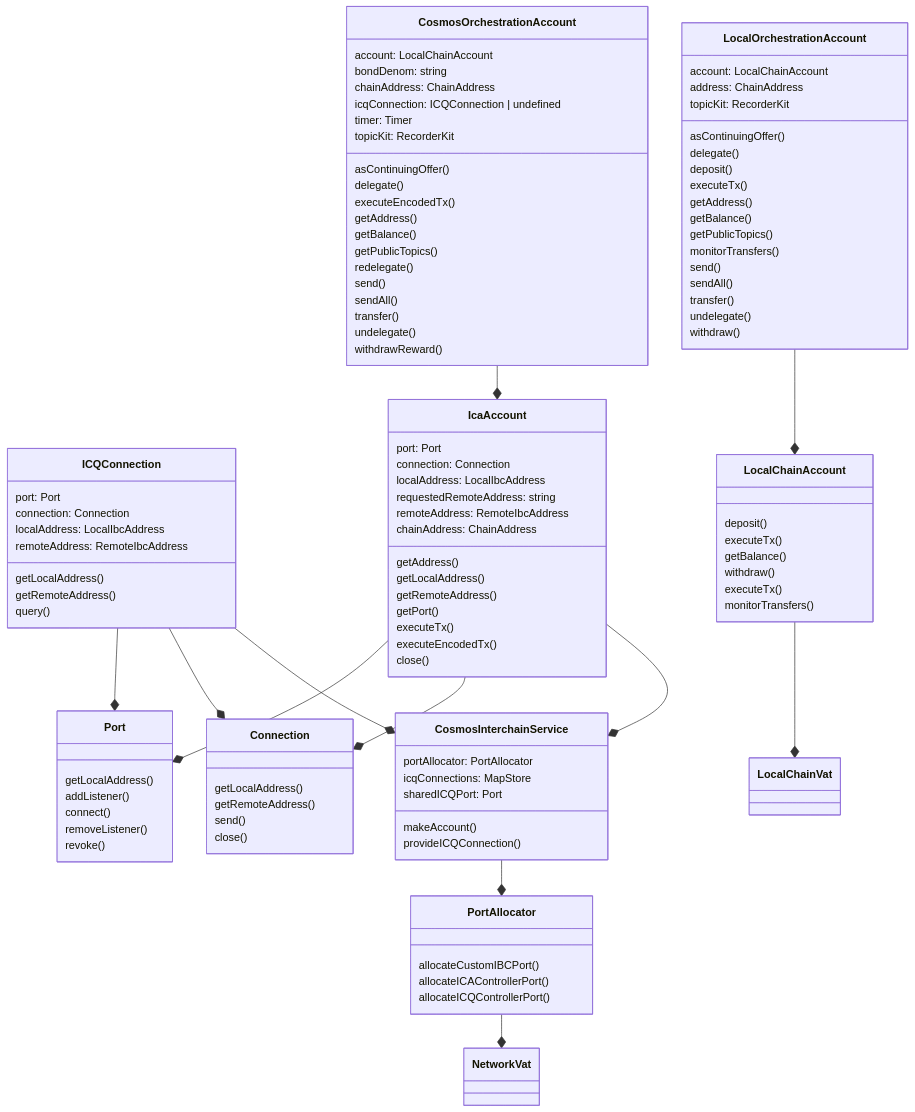
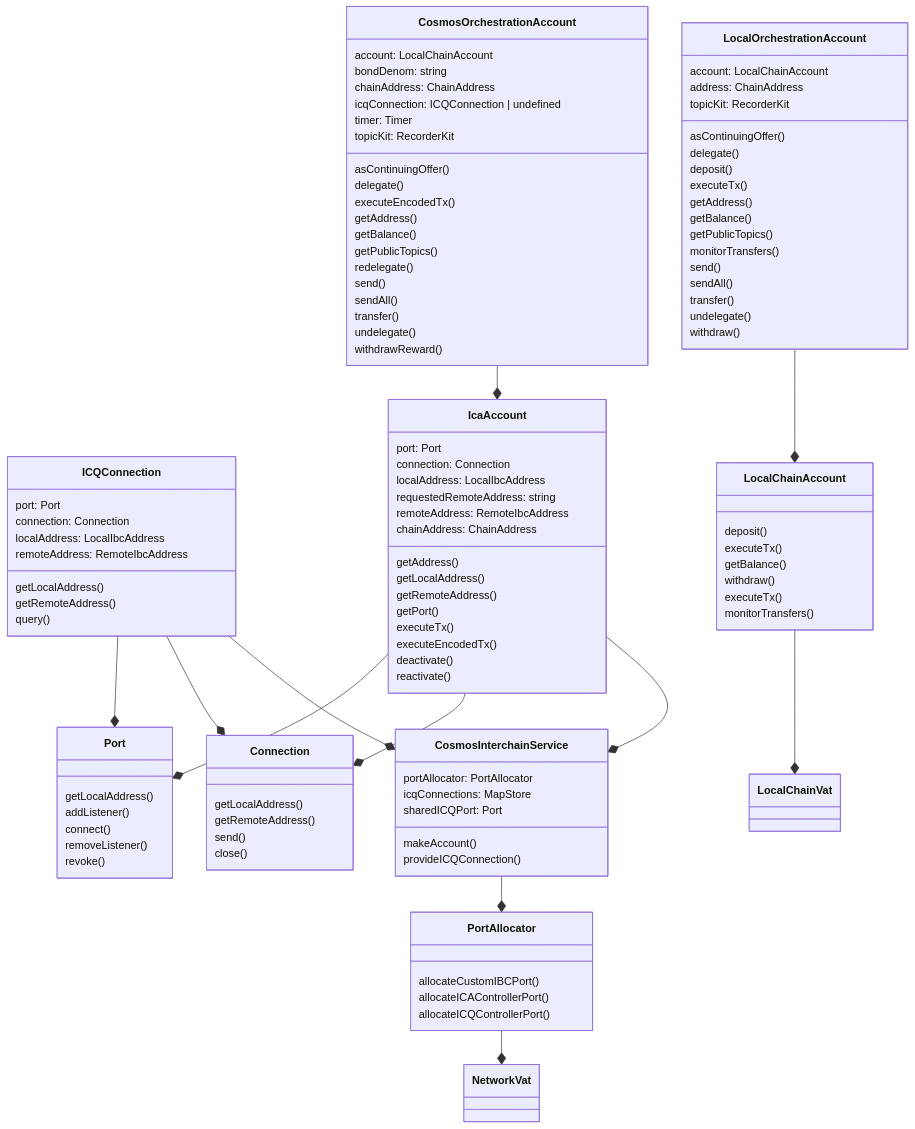
The diagram in packages/orchestration/src/exos/README.md (Agoric/agoric-sdk), drawn with Mermaid before and after one commit. The commit also changed 7 other files, not shown here.

```diff
--- a/packages/orchestration/src/exos/README.md
+++ b/packages/orchestration/src/exos/README.md
@@ -29,7 +29,8 @@
       getPort()
       executeTx()
       executeEncodedTx()
-      close()
+      deactivate()
+      reactivate()
     }
     class ICQConnection {
       port: Port
```
